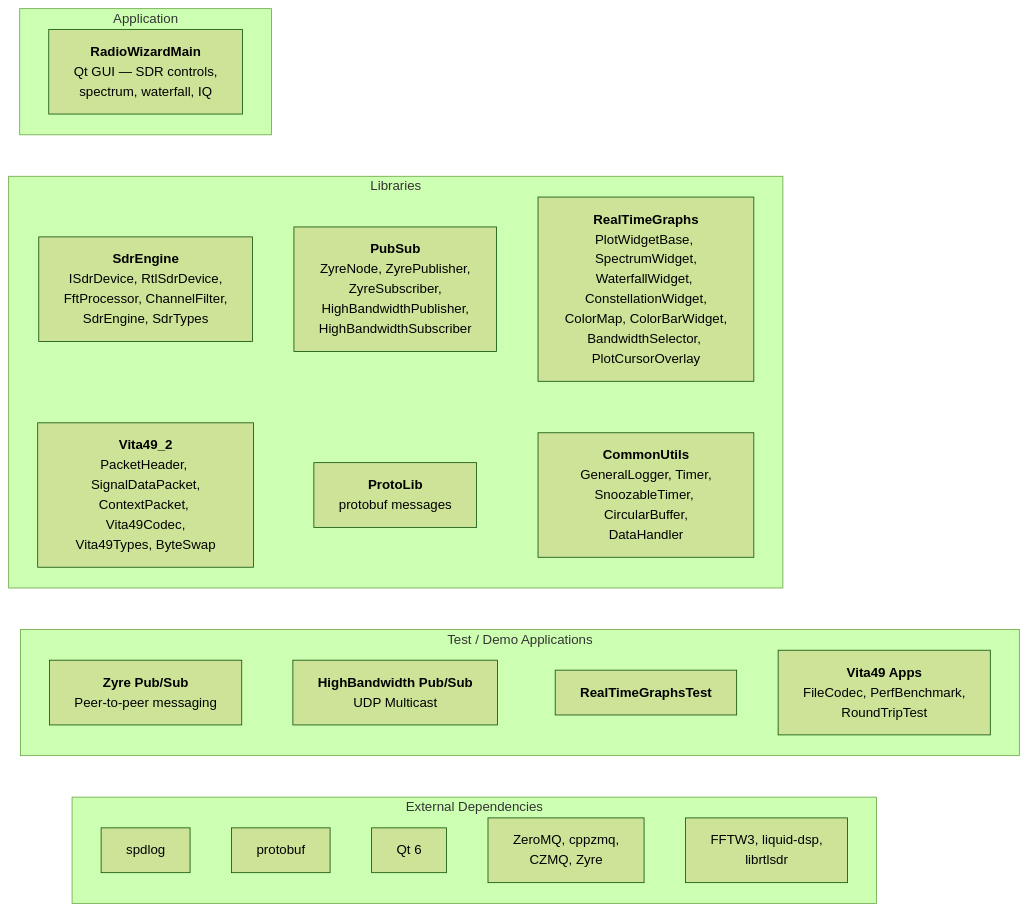
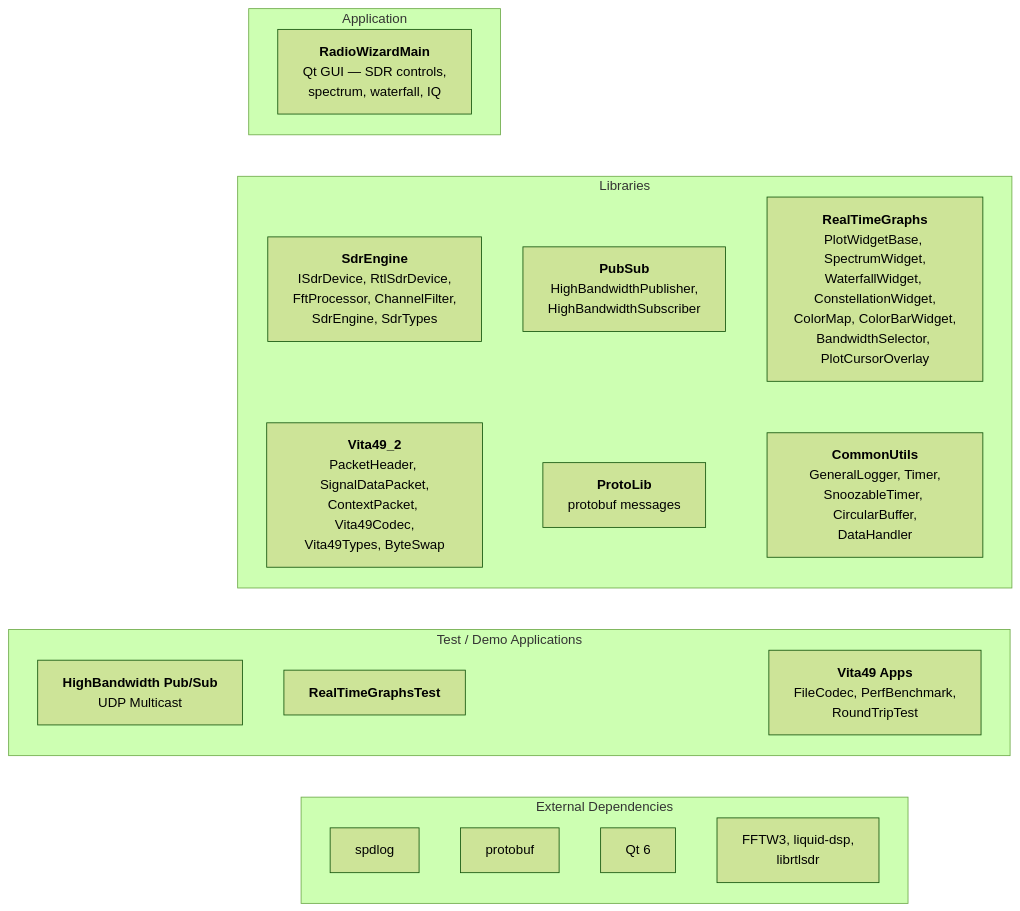
The diagram in docs/DESIGN.md (sfestenstein/RadioWizard), drawn with Mermaid (forest theme) before and after one commit. The commit also changed other lines of this file and 21 other files, not shown here.

````diff
--- a/docs/DESIGN.md
+++ b/docs/DESIGN.md
@@ -13,42 +13,39 @@
 ```mermaid
 graph TD
    subgraph Application
       RWM["<b>RadioWizardMain</b><br/>Qt GUI — SDR controls,<br/>spectrum, waterfall, IQ"]
    end
 
    subgraph Libraries
       SdrEngine["<b>SdrEngine</b><br/>ISdrDevice, RtlSdrDevice,<br/>FftProcessor, ChannelFilter,<br/>SdrEngine, SdrTypes"]
-      PubSub["<b>PubSub</b><br/>ZyreNode, ZyrePublisher,<br/>ZyreSubscriber,<br/>HighBandwidthPublisher,<br/>HighBandwidthSubscriber"]
+      PubSub["<b>PubSub</b><br/>HighBandwidthPublisher,<br/>HighBandwidthSubscriber"]
       RTG["<b>RealTimeGraphs</b><br/>PlotWidgetBase, SpectrumWidget,<br/>WaterfallWidget, ConstellationWidget,<br/>ColorMap, ColorBarWidget,<br/>BandwidthSelector, PlotCursorOverlay"]
       Vita49["<b>Vita49_2</b><br/>PacketHeader, SignalDataPacket,<br/>ContextPacket, Vita49Codec,<br/>Vita49Types, ByteSwap"]
       PL["<b>ProtoLib</b><br/>protobuf messages"]
       CU["<b>CommonUtils</b><br/>GeneralLogger, Timer,<br/>SnoozableTimer, CircularBuffer,<br/>DataHandler"]
 
-      %% Force 2-row × 3-column layout
+      %% Force layout
       SdrEngine ~~~ Vita49
       PubSub ~~~ PL
       RTG ~~~ CU
    end
 
    subgraph TestApps["Test / Demo Applications"]
-      ZP["<b>Zyre Pub/Sub</b><br/>Peer-to-peer messaging"]
       HB["<b>HighBandwidth Pub/Sub</b><br/>UDP Multicast"]
       RTT["<b>RealTimeGraphsTest</b>"]
       V49A["<b>Vita49 Apps</b><br/>FileCodec, PerfBenchmark,<br/>RoundTripTest"]
    end
 
    subgraph External["External Dependencies"]
       spdlog
       protobuf
       Qt6["Qt 6"]
-      ZeroMQ["ZeroMQ, cppzmq,<br/>CZMQ, Zyre"]
       FFTW3["FFTW3, liquid-dsp,<br/>librtlsdr"]
    end
 
    %% Invisible edges to enforce vertical ordering
    RWM ~~~ SdrEngine
-   Vita49 ~~~ ZP
-   PL ~~~ HB
-   CU ~~~ RTT
-   ZP ~~~ spdlog
+   Vita49 ~~~ RTT
+   CU ~~~ V49A
+   RTT ~~~ spdlog
 ```
````
